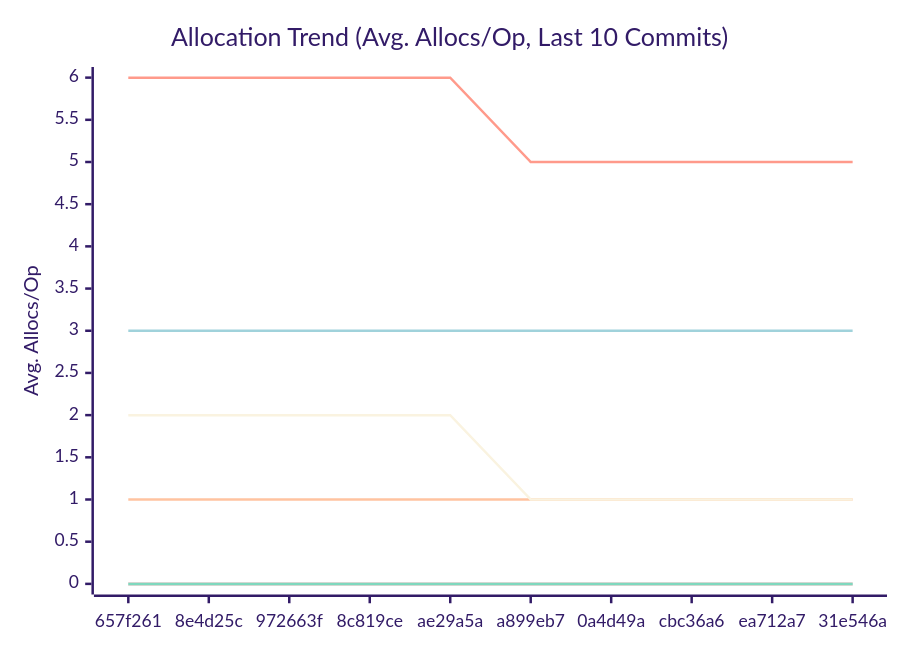
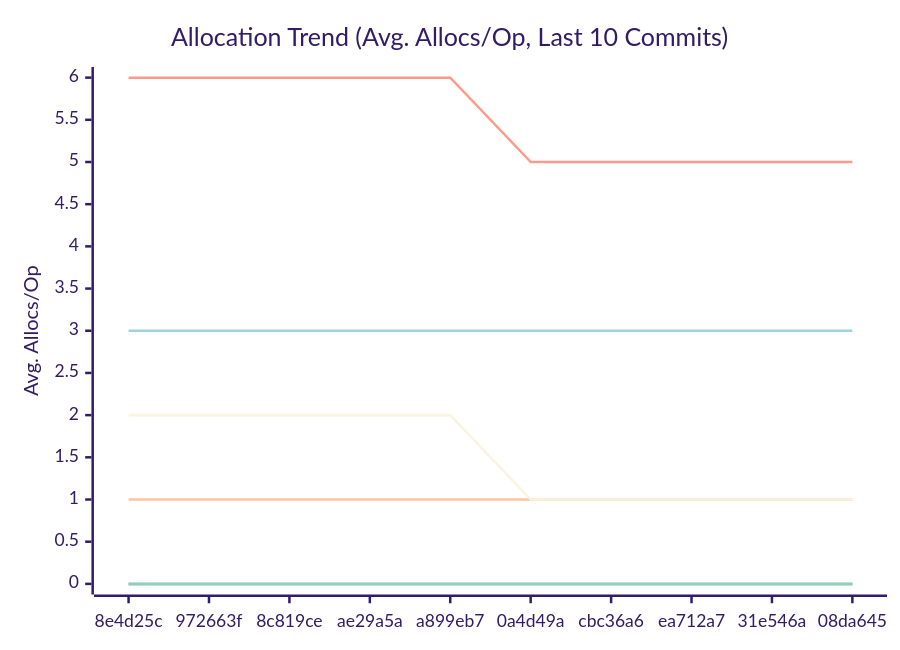
One commit to alsotoes/momo changed the third of 3 diagrams in docs/PERFORMANCE.md. Above: the diagram before and after it, drawn with Mermaid (forest theme). The commit also changed other lines of this file and 17 other files, not shown here.

````diff
--- a/docs/PERFORMANCE.md
+++ b/docs/PERFORMANCE.md
@@ -114,16 +114,16 @@
 ```mermaid
 xychart-beta
     title "Allocation Trend (Avg. Allocs/Op, Last 10 Commits)"
     x-axis "Commit"
     y-axis "Avg. Allocs/Op"
-    x-axis [657f261,8e4d25c,972663f,8c819ce,ae29a5a,a899eb7,0a4d49a,cbc36a6,ea712a7,31e546a]
+    x-axis [8e4d25c,972663f,8c819ce,ae29a5a,a899eb7,0a4d49a,cbc36a6,ea712a7,31e546a,08da645]
     line "CheckMetricsAndSwap" [0,0,0,0,0,0,0,0,0,0]
     line "CrushOptimized" [0,0,0,0,0,0,0,0,0,0]
     line "CrushOriginal" [3,3,3,3,3,3,3,3,3,3]
     line "IndexDirectTracking" [0,0,0,0,0,0,0,0,0,0]
     line "IndexSearch" [0,0,0,0,0,0,0,0,0,0]
     line "LoadGlobalConfig" [1,1,1,1,1,1,1,1,1,1]
     line "PadString" [0,0,0,0,0,0,0,0,0,0]
     line "ParseReplicationOrder_NoPrealloc" [6,6,6,6,6,5,5,5,5,5]
     line "ParseReplicationOrder_Prealloc" [2,2,2,2,2,1,1,1,1,1]
 ```
````
